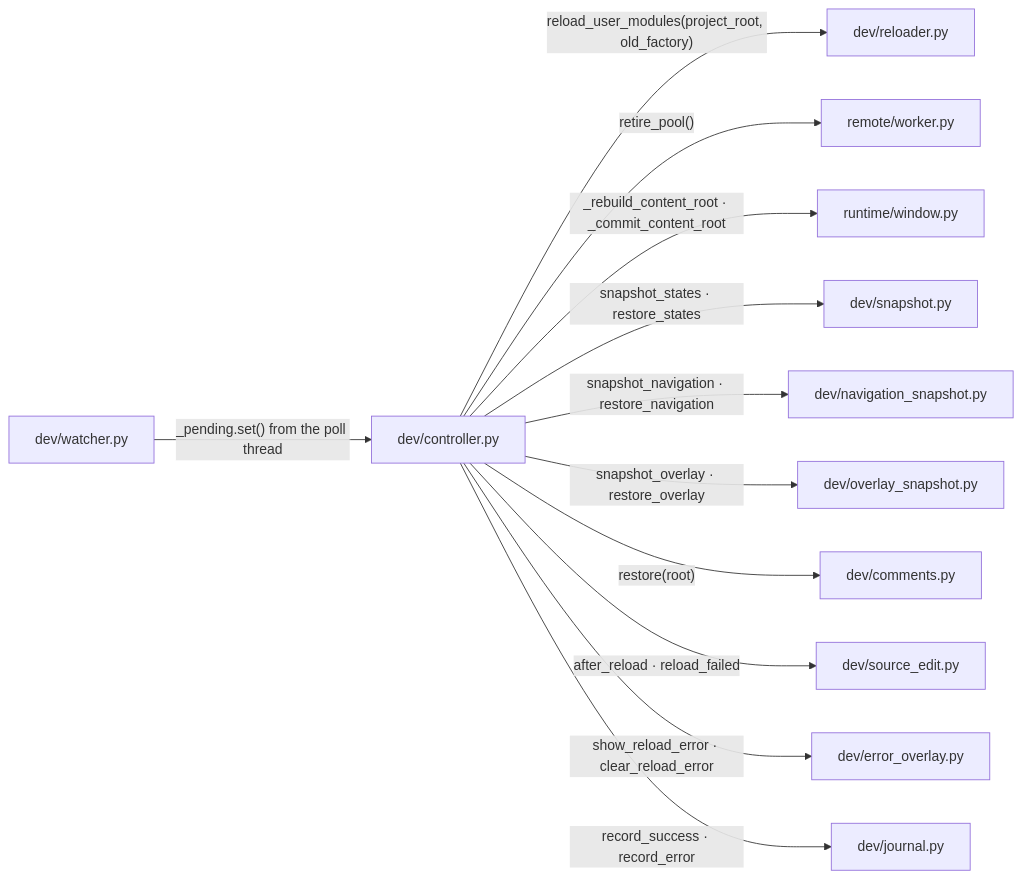
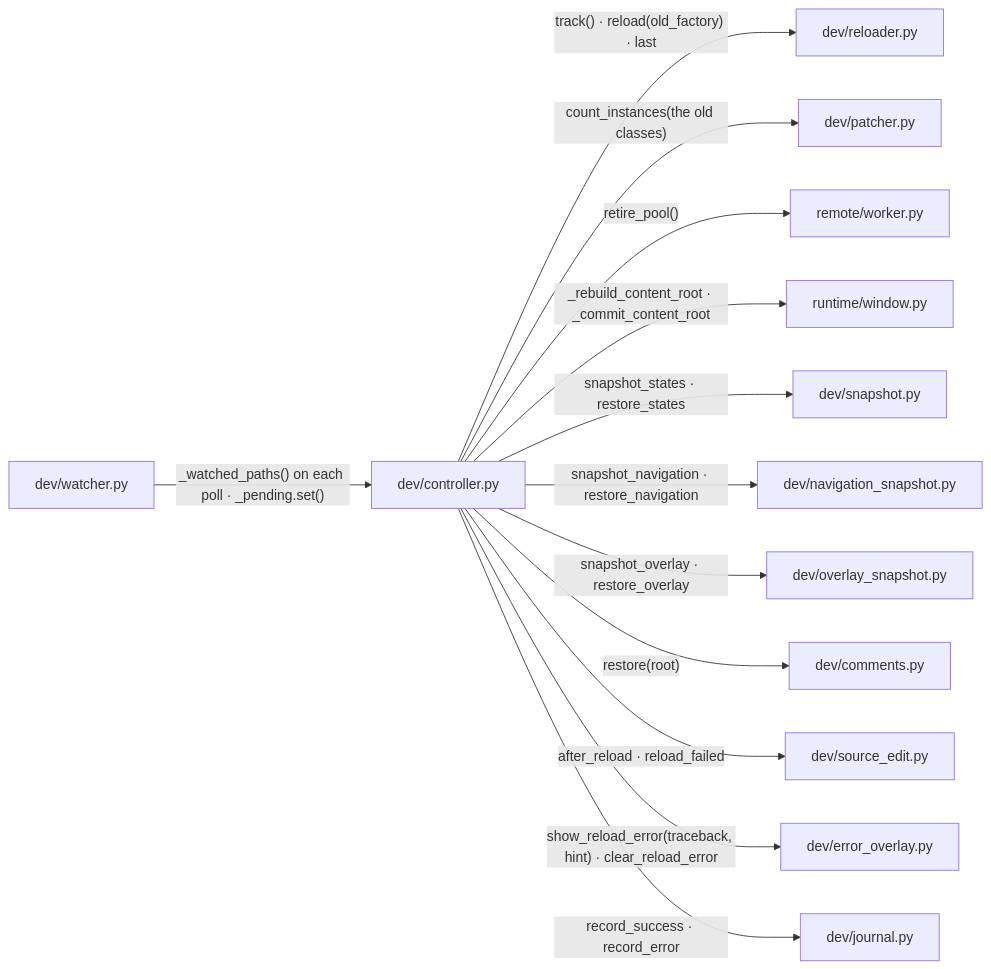
One commit to yuksblog/nuiitivet changed the fourth of 9 diagrams in docs/design/HOT_RELOAD.md. Above: the diagram before and after it, drawn with Mermaid. The commit also changed other lines of this file and 17 other files, not shown here.

````diff
--- a/docs/design/HOT_RELOAD.md
+++ b/docs/design/HOT_RELOAD.md
@@ -116,27 +120,29 @@
 ```mermaid
 flowchart LR
     watcher[dev/watcher.py]
     ctrl[dev/controller.py]
     reloader[dev/reloader.py]
+    patcher[dev/patcher.py]
     pool[remote/worker.py]
     window[runtime/window.py]
     error[dev/error_overlay.py]
     journal[dev/journal.py]
     snap[dev/snapshot.py]
     navsnap[dev/navigation_snapshot.py]
     ovsnap[dev/overlay_snapshot.py]
     comments[dev/comments.py]
     edits[dev/source_edit.py]
 
-    watcher -- "_pending.set() from the poll thread" --> ctrl
-    ctrl -- "reload_user_modules(project_root, old_factory)" --> reloader
+    watcher -- "_watched_paths() on each poll · _pending.set()" --> ctrl
+    ctrl -- "track() · reload(old_factory) · last" --> reloader
+    ctrl -- "count_instances(the old classes)" --> patcher
     ctrl -- "retire_pool()" --> pool
     ctrl -- "_rebuild_content_root · _commit_content_root" --> window
     ctrl -- "snapshot_states · restore_states" --> snap
     ctrl -- "snapshot_navigation · restore_navigation" --> navsnap
     ctrl -- "snapshot_overlay · restore_overlay" --> ovsnap
     ctrl -- "restore(root)" --> comments
     ctrl -- "after_reload · reload_failed" --> edits
-    ctrl -- "show_reload_error · clear_reload_error" --> error
+    ctrl -- "show_reload_error(traceback, hint) · clear_reload_error" --> error
     ctrl -- "record_success · record_error" --> journal
 ```
````
